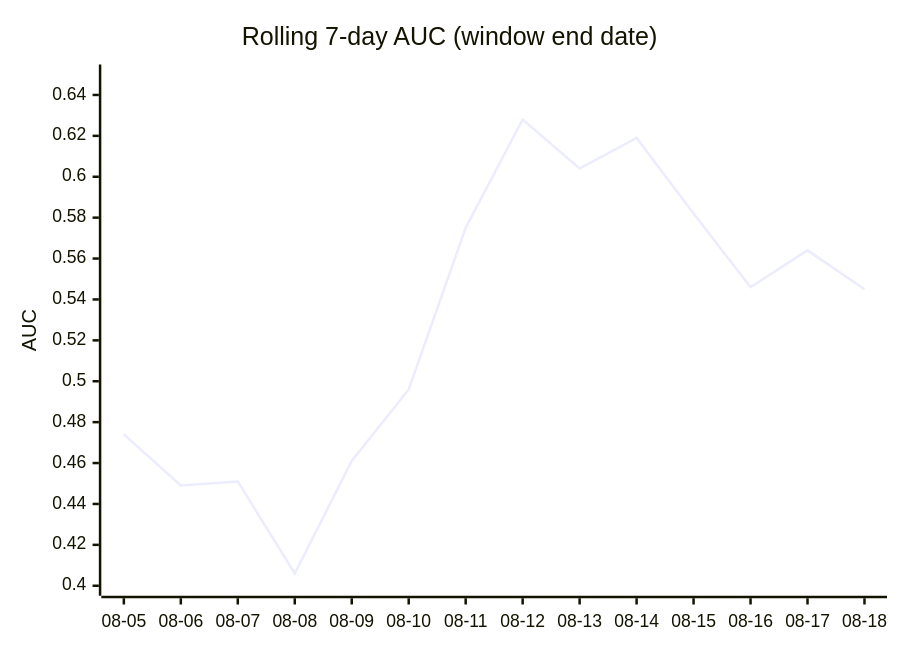
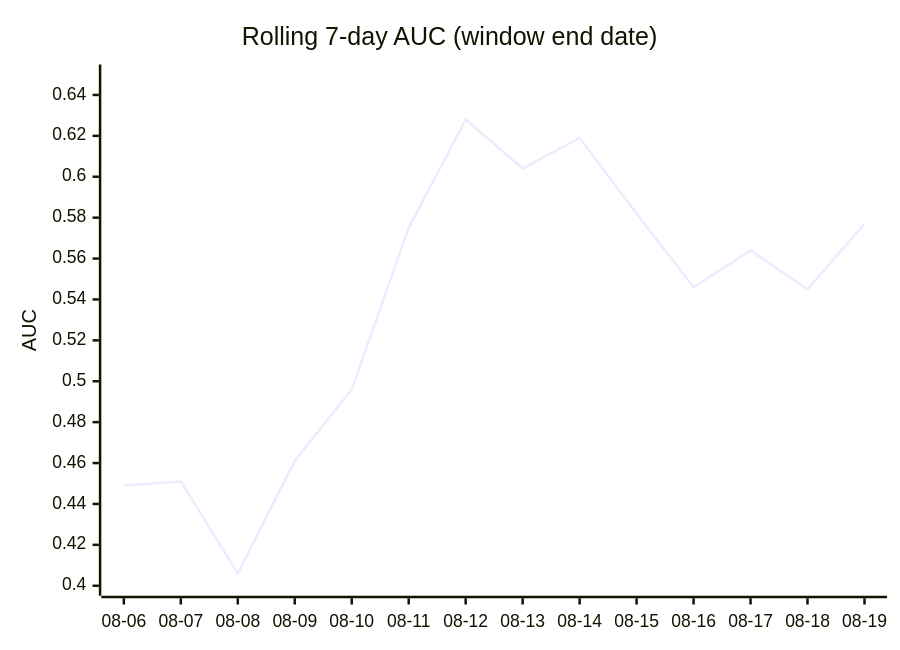
One commit to dpk1212/nhl-savant changed the third of 4 diagrams in DAILY_AGSU_REPORT.md. Above: the diagram before and after it, drawn with Mermaid. The commit also changed other lines of this file, not shown here.

````diff
--- a/DAILY_AGSU_REPORT.md
+++ b/DAILY_AGSU_REPORT.md
@@ -809,7 +829,7 @@
 ```mermaid
 xychart-beta
     title "Rolling 7-day AUC (window end date)"
-    x-axis ["08-05", "08-06", "08-07", "08-08", "08-09", "08-10", "08-11", "08-12", "08-13", "08-14", "08-15", "08-16", "08-17", "08-18"]
+    x-axis ["08-06", "08-07", "08-08", "08-09", "08-10", "08-11", "08-12", "08-13", "08-14", "08-15", "08-16", "08-17", "08-18", "08-19"]
     y-axis "AUC" 0.4 --> 0.65
-    line [0.474, 0.449, 0.451, 0.406, 0.461, 0.496, 0.575, 0.628, 0.604, 0.619, 0.582, 0.546, 0.564, 0.545]
+    line [0.449, 0.451, 0.406, 0.461, 0.496, 0.575, 0.628, 0.604, 0.619, 0.582, 0.546, 0.564, 0.545, 0.577]
 ```
````
